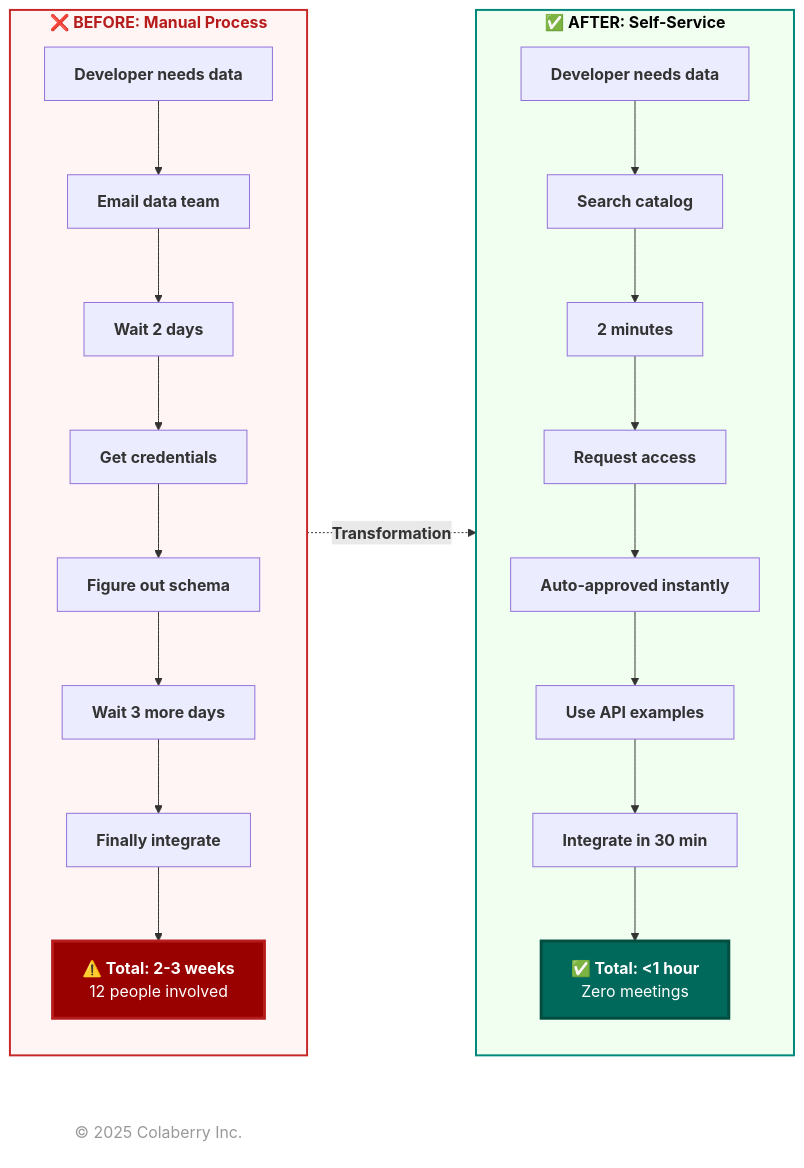
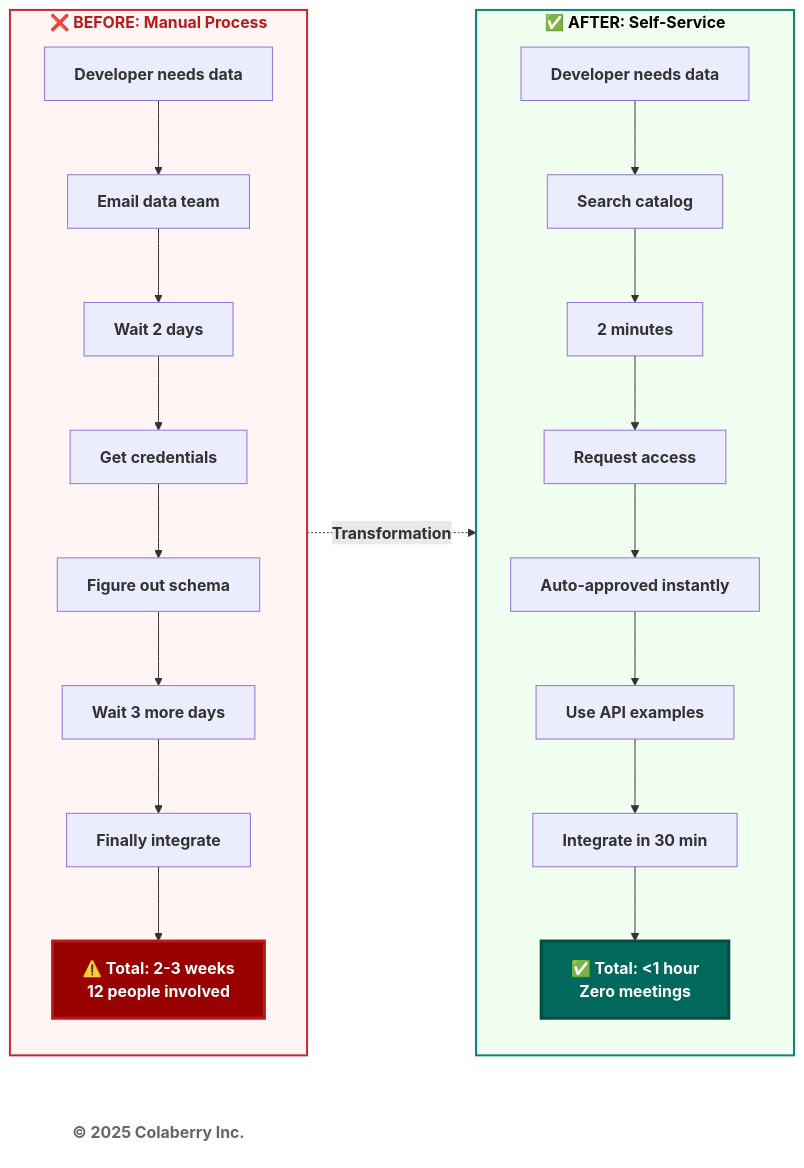
Before and after one commit to colaberry/enterprise-data-readiness-ai-agents: diagram 15 of 18 in chapter-01/chapter_1_complete.md, drawn with Mermaid. The commit also changed other lines of this file and 1 other file, not shown here.

First line of the commit message:
chapter 1 diagrams updated to mermaid codex

````diff
--- a/chapter-01/chapter_1_complete.md
+++ b/chapter-01/chapter_1_complete.md
@@ -2427,42 +2363,42 @@
 ```mermaid
 flowchart LR
     subgraph before["<b>❌ BEFORE: Manual Process</b>"]
         direction TB
         B1["<b>Developer needs data</b>"]
         B2["<b>Email data team</b>"]
         B3["<b>Wait 2 days</b>"]
         B4["<b>Get credentials</b>"]
         B5["<b>Figure out schema</b>"]
         B6["<b>Wait 3 more days</b>"]
         B7["<b>Finally integrate</b>"]
-        B8["<b>⚠️ Total: 2-3 weeks</b><br/>12 people involved"]
+        B8["<b>⚠️ Total: 2-3 weeks</b><br/><b>12 people involved</b>"]
         
         B1 --> B2 --> B3 --> B4 --> B5 --> B6 --> B7 --> B8
     end
 
     subgraph after["<b>✅ AFTER: Self-Service</b>"]
         direction TB
         A1["<b>Developer needs data</b>"]
         A2["<b>Search catalog</b>"]
         A3["<b>2 minutes</b>"]
         A4["<b>Request access</b>"]
         A5["<b>Auto-approved instantly</b>"]
         A6["<b>Use API examples</b>"]
         A7["<b>Integrate in 30 min</b>"]
-        A8["<b>✅ Total: <1 hour</b><br/>Zero meetings"]
+        A8["<b>✅ Total: <1 hour</b><br/><b>Zero meetings</b>"]
         
         A1 --> A2 --> A3 --> A4 --> A5 --> A6 --> A7 --> A8
     end
 
     before -.->|"<b>Transformation</b>"| after
 
     style before fill:#fff5f5,stroke:#c62828,stroke-width:2px,color:#b71c1c
     style after fill:#f0fff0,stroke:#00897b,stroke-width:2px,color:#000000
     style B8 fill:#990000,color:#ffffff,stroke:#b71c1c,stroke-width:3px
     style A8 fill:#00695c,color:#ffffff,stroke:#004d40,stroke-width:3px
     
     %% Copyright Notice
-    CR["© 2025 Colaberry Inc."]
-    style CR fill:none,stroke:none,color:#999999
+    CR["<b>© 2025 Colaberry Inc.</b>"]
+    style CR fill:#ffffff,stroke:none,color:#666666
 
 ```
````
